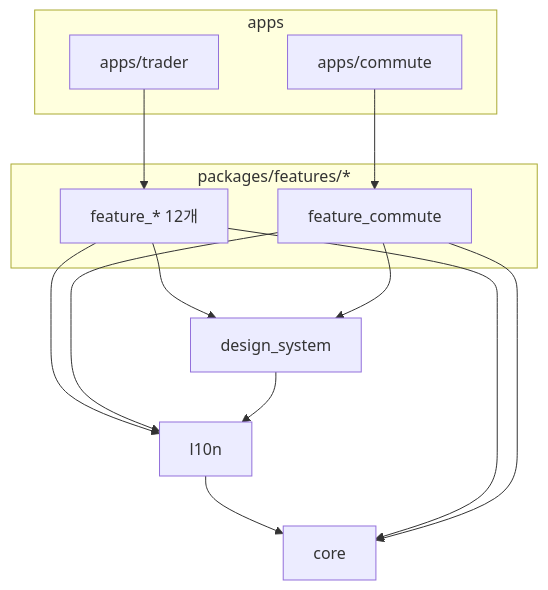
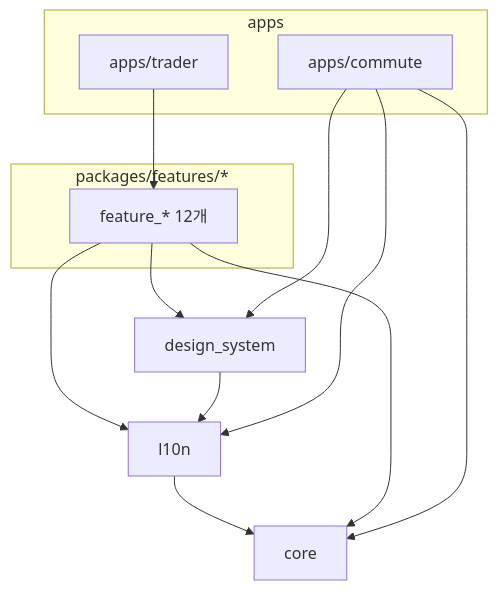
The first of 3 diagrams in docs/dependencies.md (karma951221/flutter_apps), drawn with Mermaid before and after one commit. The commit also changed other lines of this file and 97 other files, not shown here.

First line of the commit message:
refactor(commute): feature 코드를 앱 안 lib/{core,data,domain,presentation} 으로 옮긴다

````diff
--- a/docs/dependencies.md
+++ b/docs/dependencies.md
@@ -12,25 +12,23 @@
 ```mermaid
 flowchart TB
   subgraph apps
     trader[apps/trader]
     commute_app[apps/commute]
   end
   subgraph features["packages/features/*"]
     F[feature_* 12개]
-    C[feature_commute]
   end
   DS[design_system]
   L[l10n]
   CORE[core]
 
   trader --> F
-  commute_app --> C
   F --> DS
   F --> L
-  C --> DS
-  C --> L
   DS --> L
   L --> CORE
   F --> CORE
-  C --> CORE
+  commute_app --> DS
+  commute_app --> L
+  commute_app --> CORE
 ```
````
